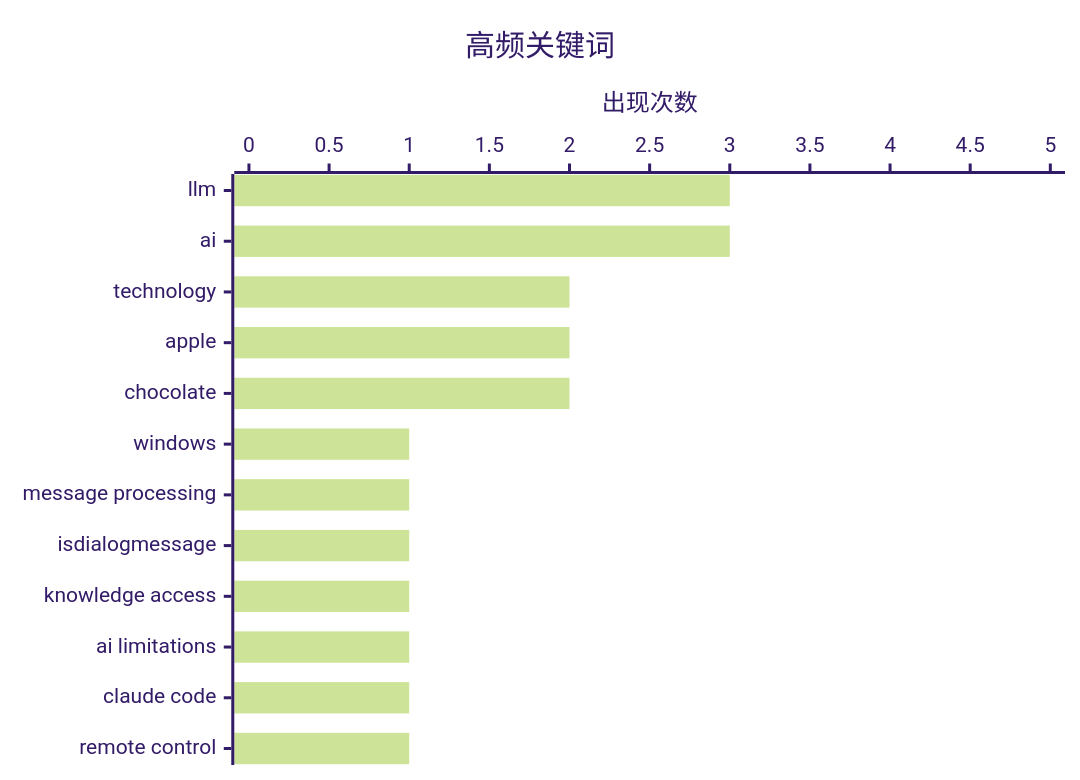
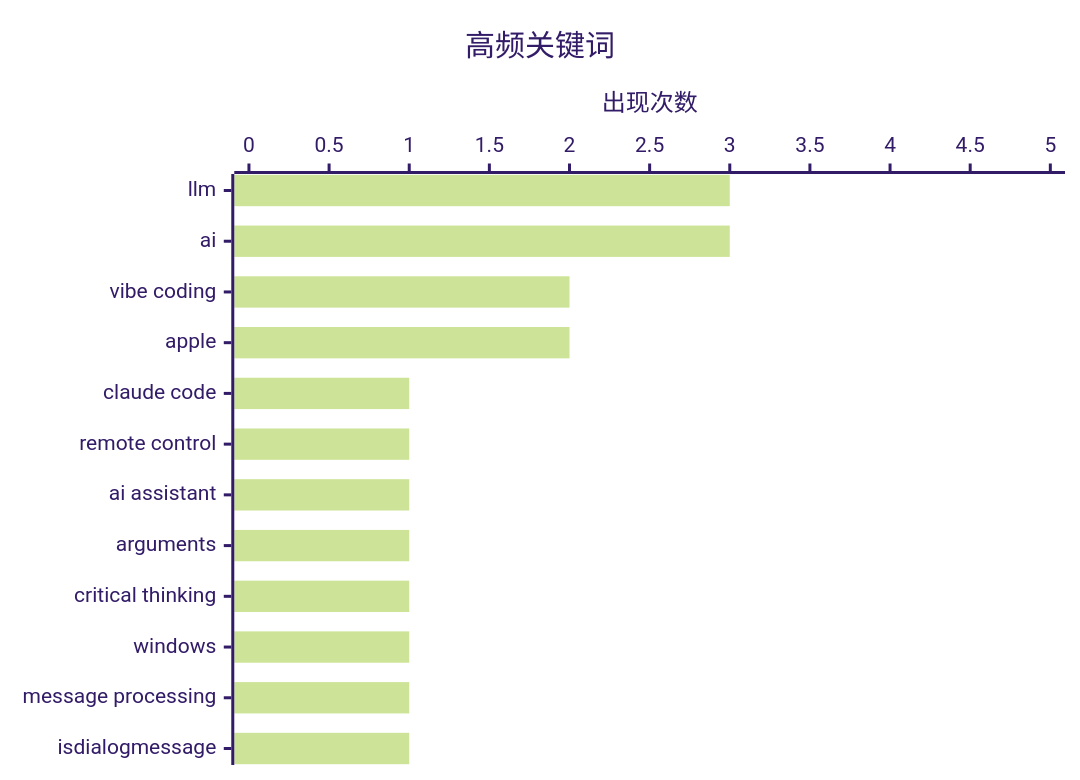
One commit to hustlyt/ai-daily-digest changed the second of 2 diagrams in src/content/digest/2026-02-26.md. Above: the diagram before and after it, drawn with Mermaid (forest theme). The commit also changed other lines of this file, not shown here.

````diff
--- a/src/content/digest/2026-02-26.md
+++ b/src/content/digest/2026-02-26.md
@@ -72,7 +72,7 @@
 ```mermaid
 xychart-beta horizontal
     title "高频关键词"
-    x-axis ["llm", "ai", "technology", "apple", "chocolate", "windows", "message processing", "isdialogmessage", "knowledge access", "ai limitations", "claude code", "remote control"]
+    x-axis ["llm", "ai", "vibe coding", "apple", "claude code", "remote control", "ai assistant", "arguments", "critical thinking", "windows", "message processing", "isdialogmessage"]
     y-axis "出现次数" 0 --> 5
-    bar [3, 3, 2, 2, 2, 1, 1, 1, 1, 1, 1, 1]
+    bar [3, 3, 2, 2, 1, 1, 1, 1, 1, 1, 1, 1]
 ```
````
